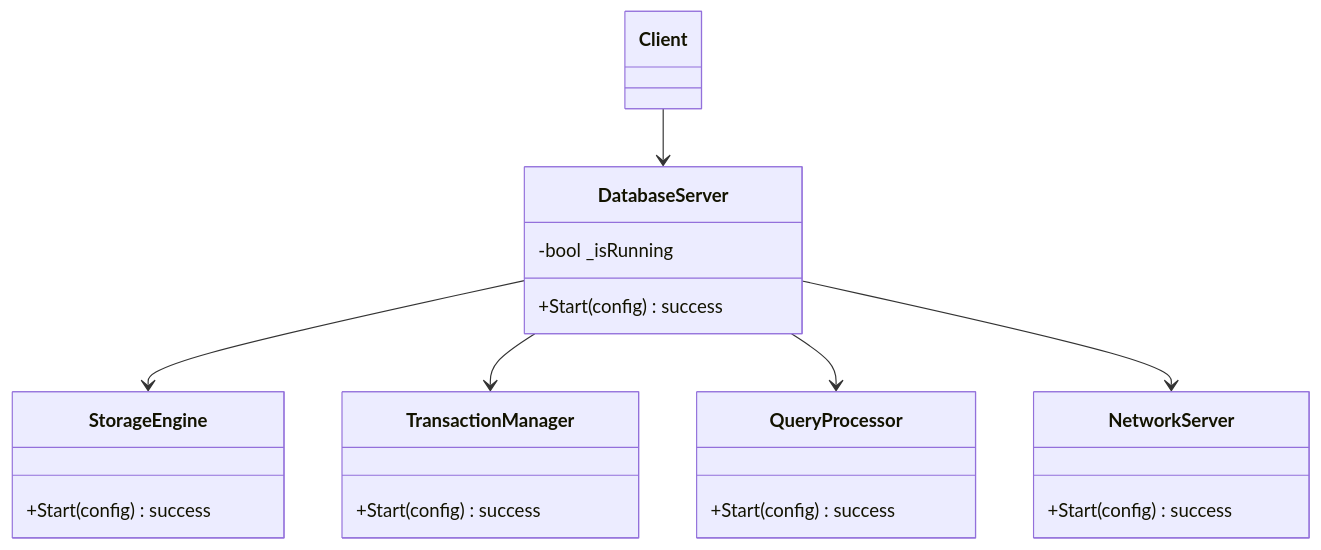
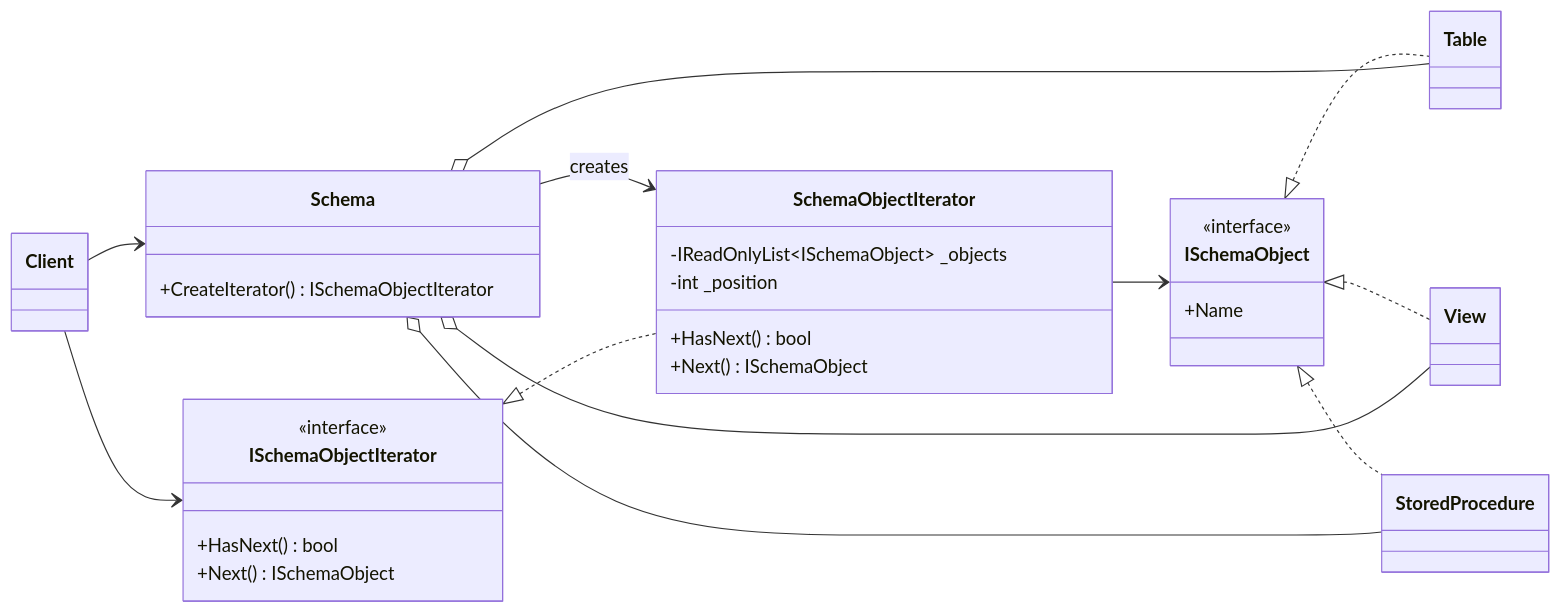
Diagram 11 of 12 in docs/design-patterns/README.md (manaxpow/DBMS), drawn with Mermaid before and after one commit. The commit also changed other lines of this file and 10 other files, not shown here.

Commit message:
Implement Interator for Schema

````diff
--- a/docs/design-patterns/README.md
+++ b/docs/design-patterns/README.md
@@ -456,26 +373,48 @@
 ```mermaid
 classDiagram
+    direction LR
+
     class Client
-    class DatabaseServer {
-        -bool _isRunning
-        +Start(config) success
-    }
-    class StorageEngine {
-        +Start(config) success
-    }
-    class TransactionManager {
-        +Start(config) success
-    }
-    class QueryProcessor {
-        +Start(config) success
-    }
-    class NetworkServer {
-        +Start(config) success
+
+    class Schema {
+        +CreateIterator() ISchemaObjectIterator
     }
 
-    Client --> DatabaseServer
-    DatabaseServer --> StorageEngine
-    DatabaseServer --> TransactionManager
-    DatabaseServer --> QueryProcessor
-    DatabaseServer --> NetworkServer
+    class ISchemaObjectIterator {
+        <<interface>>
+        +HasNext() bool
+        +Next() ISchemaObject
+    }
+
+    class SchemaObjectIterator {
+        -IReadOnlyList~ISchemaObject~ _objects
+        -int _position
+        +HasNext() bool
+        +Next() ISchemaObject
+    }
+
+    class ISchemaObject {
+        <<interface>>
+        +Name
+    }
+
+    class Table
+    class View
+    class StoredProcedure
+
+    Client --> Schema
+    Client --> ISchemaObjectIterator
+
+    Schema --> SchemaObjectIterator : creates
+    ISchemaObjectIterator <|.. SchemaObjectIterator
+
+    ISchemaObject <|.. Table
+    ISchemaObject <|.. View
+    ISchemaObject <|.. StoredProcedure
+
+    Schema o-- Table
+    Schema o-- View
+    Schema o-- StoredProcedure
+
+    SchemaObjectIterator --> ISchemaObject
 ```
````
